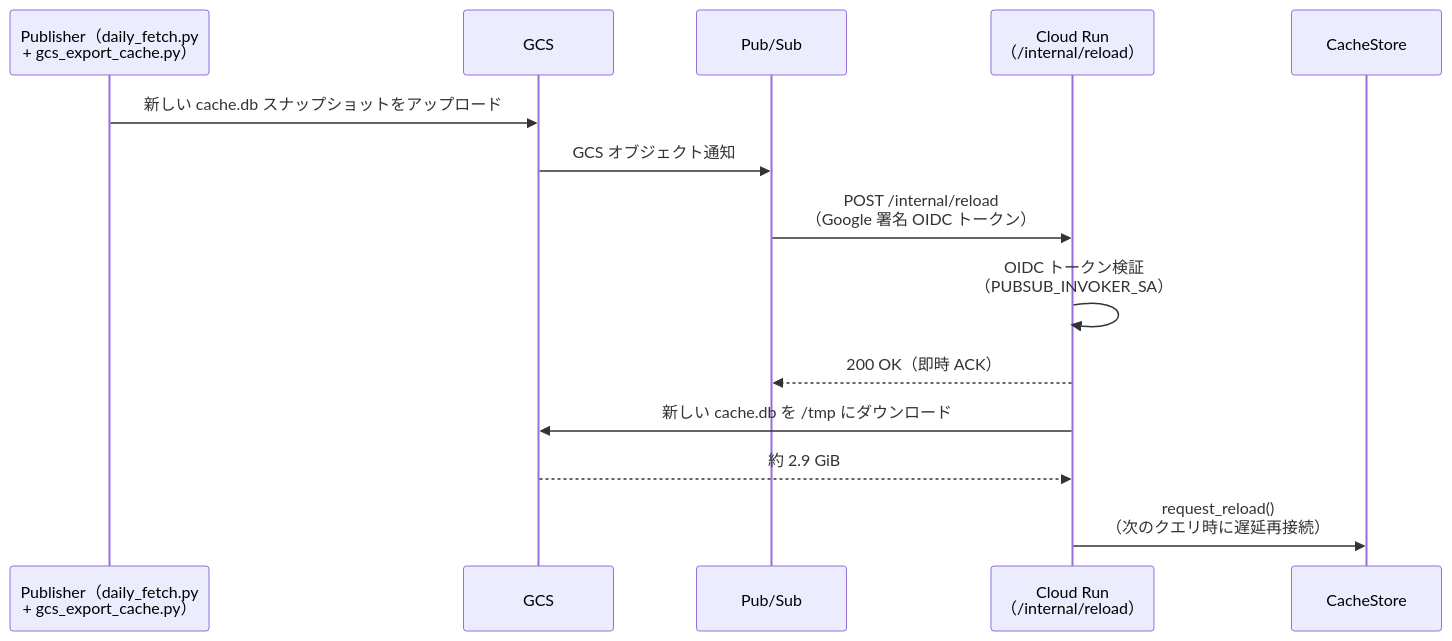
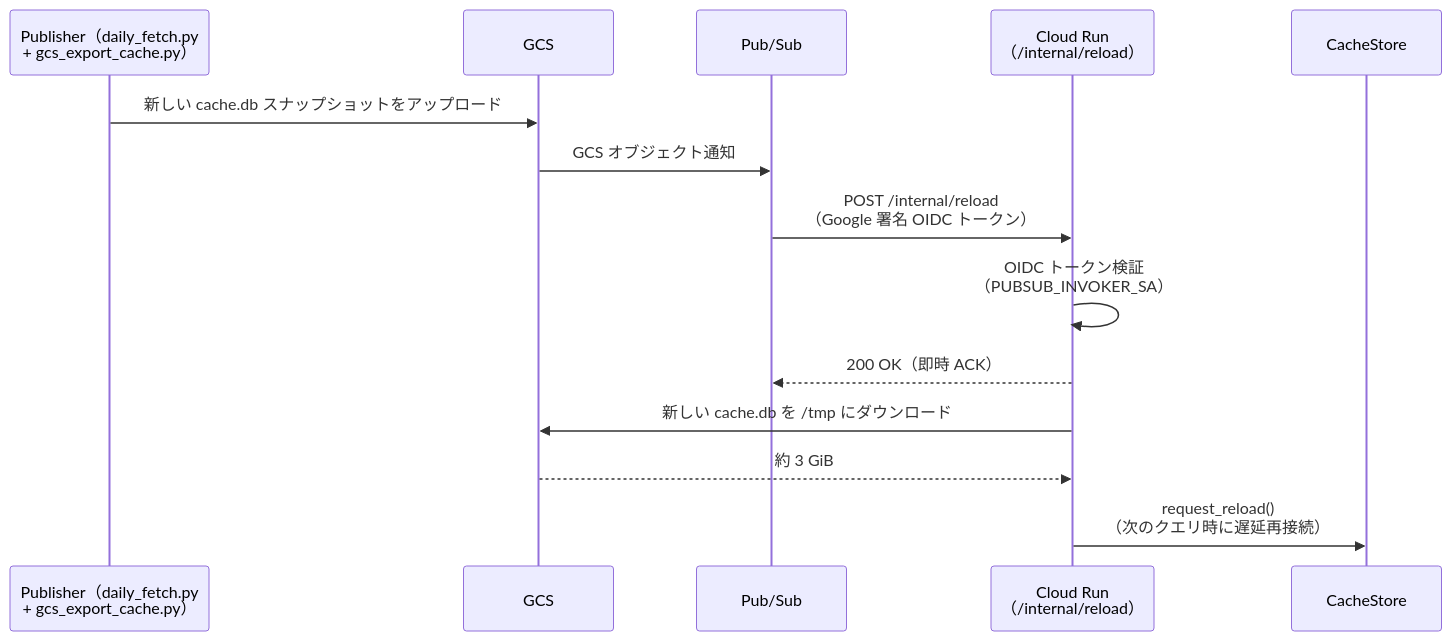
Before and after one commit to shigechika/jquants-mcp: the third of 4 diagrams in README.ja.md, drawn with Mermaid. The commit also changed other lines of this file and 7 other files, not shown here.

````diff
--- a/README.ja.md
+++ b/README.ja.md
@@ -946,17 +946,17 @@
 ```mermaid
 sequenceDiagram
     participant P as Publisher（daily_fetch.py<br/>+ gcs_export_cache.py）
     participant G as GCS
     participant PS as Pub/Sub
     participant CR as Cloud Run<br/>（/internal/reload）
     participant C as CacheStore
 
     P->>G: 新しい cache.db スナップショットをアップロード
     G->>PS: GCS オブジェクト通知
     PS->>CR: POST /internal/reload<br/>（Google 署名 OIDC トークン）
     CR->>CR: OIDC トークン検証<br/>（PUBSUB_INVOKER_SA）
     CR-->>PS: 200 OK（即時 ACK）
     CR->>G: 新しい cache.db を /tmp にダウンロード
-    G-->>CR: 約 2.9 GiB
+    G-->>CR: 約 3 GiB
     CR->>C: request_reload()<br/>（次のクエリ時に遅延再接続）
 ```
````
